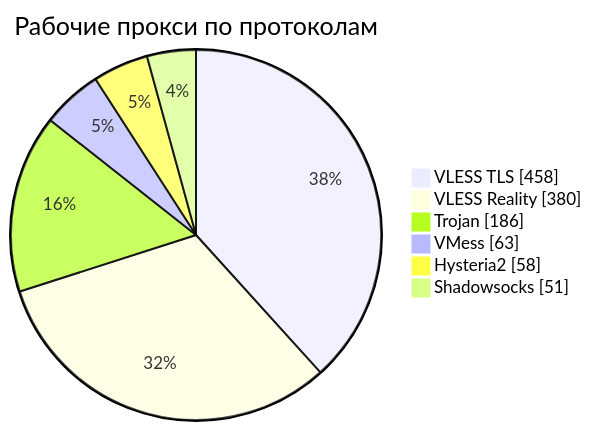
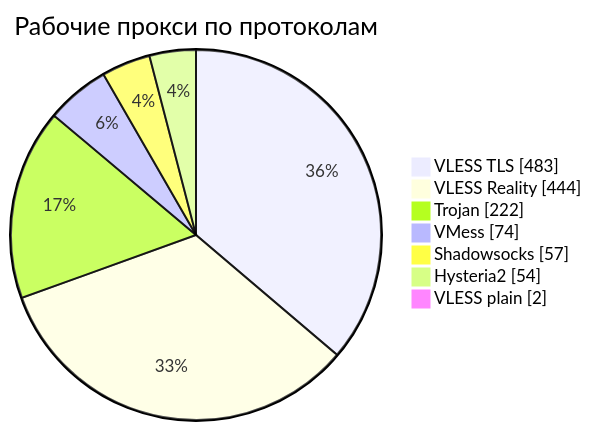
The third of 4 diagrams in README.md (rvvg/proxy-subs), drawn with Mermaid before and after one commit. The commit also changed other lines of this file and 50 other files, not shown here.

````diff
--- a/README.md
+++ b/README.md
@@ -138,10 +138,11 @@
 ```mermaid
 pie showData
     title Рабочие прокси по протоколам
-    "VLESS TLS" : 458
-    "VLESS Reality" : 380
-    "Trojan" : 186
-    "VMess" : 63
-    "Hysteria2" : 58
-    "Shadowsocks" : 51
+    "VLESS TLS" : 483
+    "VLESS Reality" : 444
+    "Trojan" : 222
+    "VMess" : 74
+    "Shadowsocks" : 57
+    "Hysteria2" : 54
+    "VLESS plain" : 2
 ```
````
